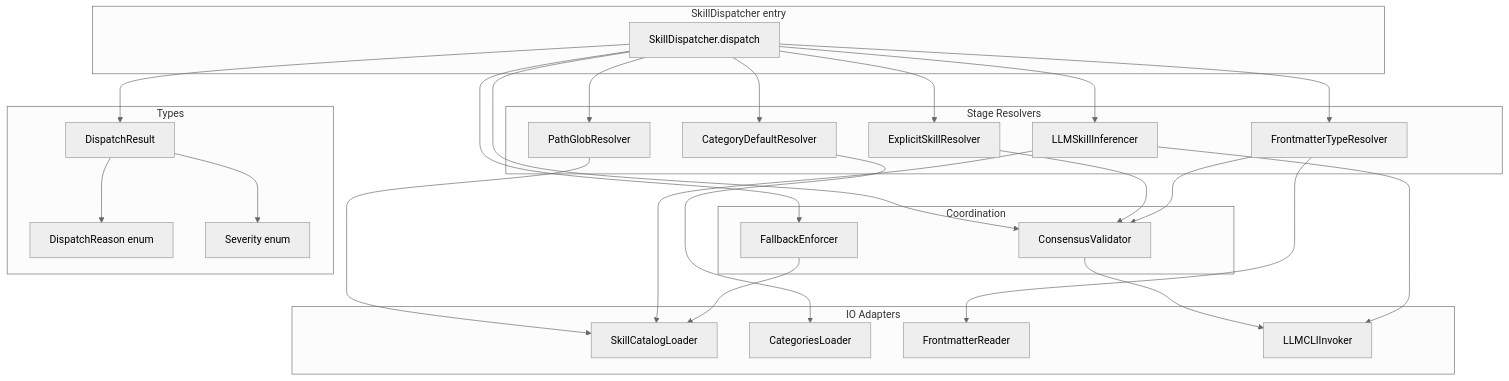
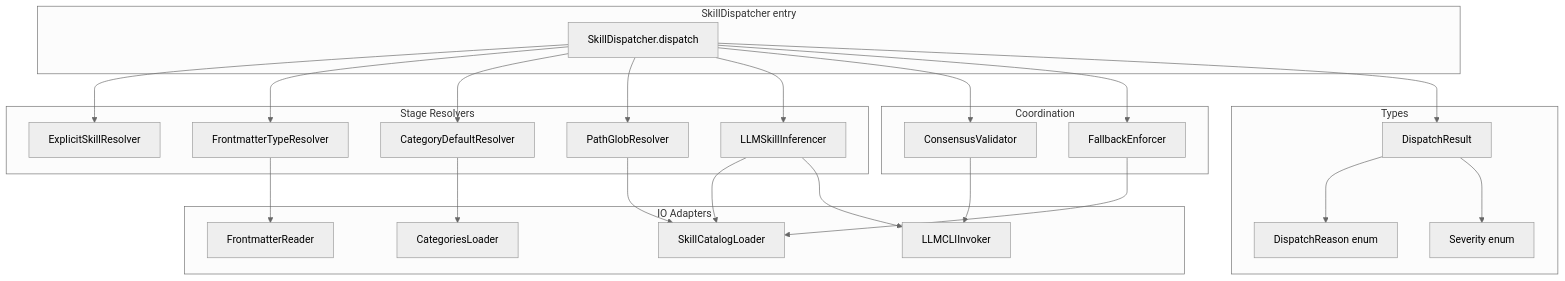
The first of 4 diagrams in .kiro/specs/rwiki-v2-prompt-dispatch/design.md (kenoogl/Rwiki-dev), drawn with Mermaid (neutral theme) before and after one commit. The commit also changed other lines of this file and 1 other file, not shown here.

````diff
--- a/.kiro/specs/rwiki-v2-prompt-dispatch/design.md
+++ b/.kiro/specs/rwiki-v2-prompt-dispatch/design.md
@@ -132,54 +133,52 @@
 ```mermaid
 graph TB
     subgraph entry [SkillDispatcher entry]
         Dispatch[SkillDispatcher.dispatch]
     end
 
     subgraph stages [Stage Resolvers]
         S1[ExplicitSkillResolver]
         S2[FrontmatterTypeResolver]
         S3[CategoryDefaultResolver]
         S35[PathGlobResolver]
         S4[LLMSkillInferencer]
     end
 
     subgraph coord [Coordination]
         Consensus[ConsensusValidator]
         Fallback[FallbackEnforcer]
     end
 
     subgraph io [IO Adapters]
         SkillCat[SkillCatalogLoader]
         Cats[CategoriesLoader]
         FmReader[FrontmatterReader]
         LLMInvoker[LLMCLIInvoker]
     end
 
     subgraph types [Types]
         Result[DispatchResult]
         Reason[DispatchReason enum]
         Sev[Severity enum]
     end
 
     Dispatch --> S1
     Dispatch --> S2
     Dispatch --> S3
     Dispatch --> S35
     Dispatch --> S4
     Dispatch --> Consensus
     Dispatch --> Fallback
 
-    S1 --> Consensus
-    S2 --> Consensus
     Consensus --> LLMInvoker
     S2 --> FmReader
     S3 --> Cats
     S35 --> SkillCat
     S4 --> SkillCat
     S4 --> LLMInvoker
     Fallback --> SkillCat
 
     Dispatch --> Result
     Result --> Reason
     Result --> Sev
 ```
````
